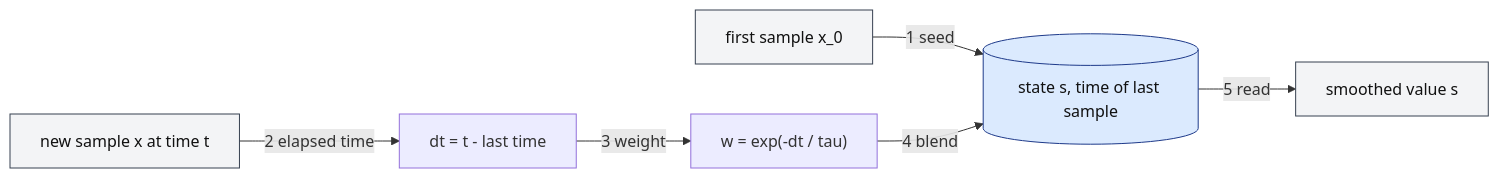
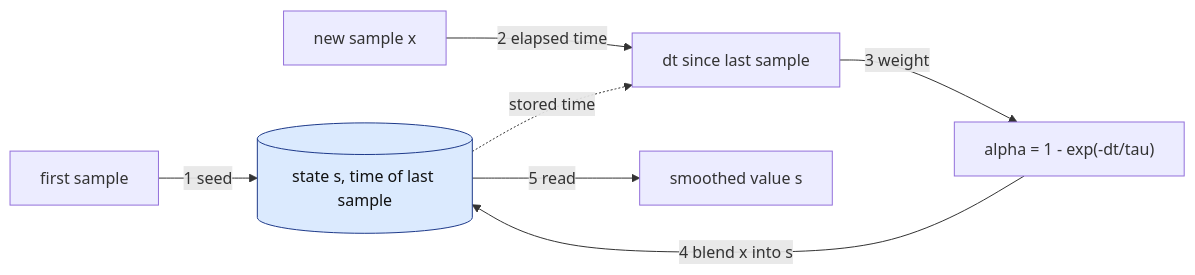
One commit to mengjiasun1992/sllmwiki-demo changed the diagram in sllmwiki/narratives/what-is-an-ewma-exponentially-weighted-moving-average-and-how-does-it-work.md. Above: the diagram before and after it, drawn with Mermaid. The commit also changed other lines of this file and 17 other files, not shown here.

````diff
--- a/sllmwiki/narratives/what-is-an-ewma-exponentially-weighted-moving-average-and-how-does-it-work.md
+++ b/sllmwiki/narratives/what-is-an-ewma-exponentially-weighted-moving-average-and-how-does-it-work.md
@@ -46,12 +63,11 @@
 ```mermaid
 flowchart LR
-    F["first sample x_0"] -->|"1 seed"| S[("state s, time of last sample")]
-    X["new sample x at time t"] -->|"2 elapsed time"| D["dt = t - last time"]
-    D -->|"3 weight"| W["w = exp(-dt / tau)"]
-    W -->|"4 blend"| S
+    F["first sample"] -->|"1 seed"| S[("state s, time of last sample")]
+    X["new sample x"] -->|"2 elapsed time"| D["dt since last sample"]
+    S -.->|"stored time"| D
+    D -->|"3 weight"| A["alpha = 1 - exp(-dt/tau)"]
+    A -->|"4 blend x into s"| S
     S -->|"5 read"| O["smoothed value s"]
     classDef state fill:#dbeafe,stroke:#1e3a8a,color:#111111
-    classDef io fill:#f3f4f6,stroke:#374151,color:#111111
     class S state
-    class F,X,O io
 ```
````
